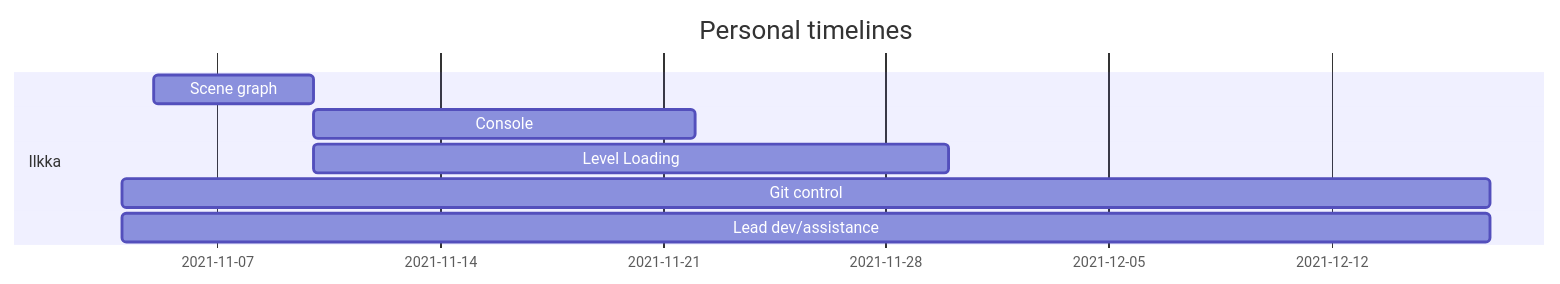
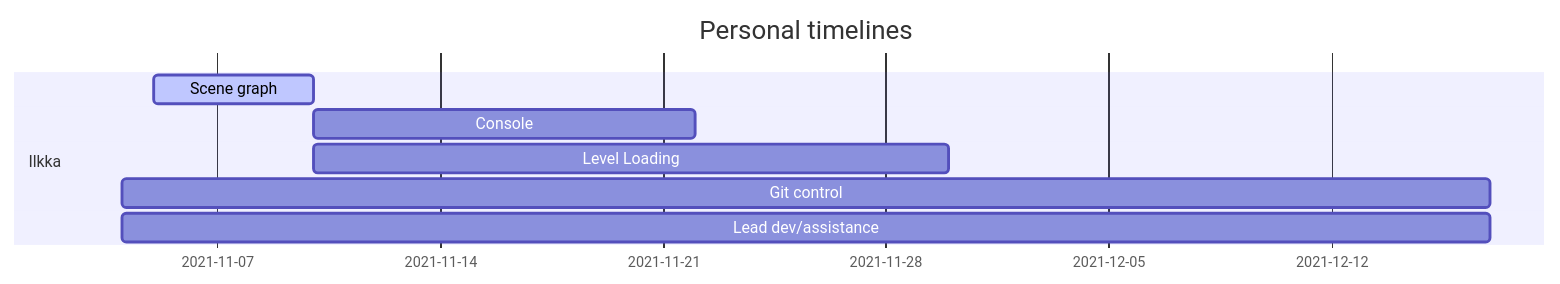
Before and after one commit to IlkkaTakala/Eril-Engine: the second of 7 diagrams in docs/ProjectPlan.md, drawn with Mermaid. The commit also changed other lines of this file and 2 other files, not shown here.

Commit message:
Updated timelines and added readme

````diff
--- a/docs/ProjectPlan.md
+++ b/docs/ProjectPlan.md
@@ -63,12 +63,12 @@
 ```mermaid
 gantt
 dateFormat  DD-MM
 title Personal timelines
 
 section Ilkka
-Scene graph             :         ides1, 05-11, 5d
+Scene graph             :active,  ides1, 05-11, 5d
 Console                 :         ides2, after ides1, 12d
 Level Loading           :         ides5, after ides1, 20d
 Git control             :         ides3, 04-11, 17-12
 Lead dev/assistance     :         ides4, 04-11, 17-12
 ```
````
